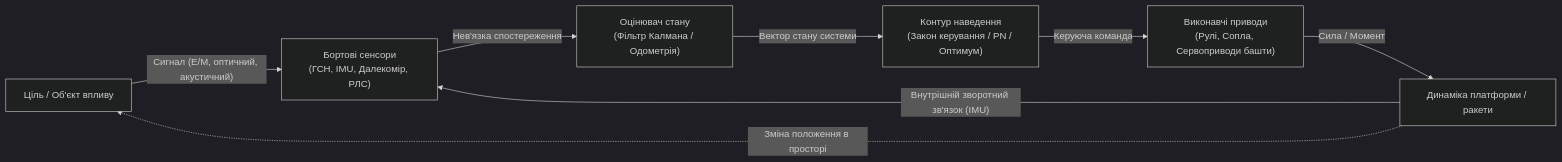
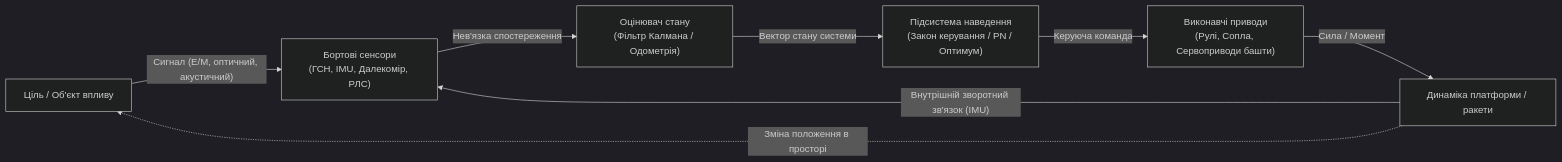
One commit to nick-fedchik/articles changed the first of 4 diagrams in MilTech/Military-Cybernetics-Weapons-Control-Systems-UA.md. Above: the diagram before and after it, drawn with Mermaid (dark theme). The commit also changed other lines of this file and 10 other files, not shown here.

````diff
--- a/MilTech/Military-Cybernetics-Weapons-Control-Systems-UA.md
+++ b/MilTech/Military-Cybernetics-Weapons-Control-Systems-UA.md
@@ -18,10 +18,10 @@
 ```mermaid
 flowchart LR
     Target["Ціль / Об'єкт впливу"] -->|"Сигнал (Е/М, оптичний, акустичний)"| Sensors["Бортові сенсори\n(ГСН, IMU, Далекомір, РЛС)"]
     Sensors -->|"Нев'язка спостереження"| Estimator["Оцінювач стану\n(Фільтр Калмана / Одометрія)"]
-    Estimator -->|"Вектор стану системи"| Guidance["Контур наведення\n(Закон керування / PN / Оптимум)"]
+    Estimator -->|"Вектор стану системи"| Guidance["Підсистема наведення\n(Закон керування / PN / Оптимум)"]
     Guidance -->|"Керуюча команда"| Actuators["Виконавчі приводи\n(Рулі, Сопла, Сервоприводи башти)"]
     Actuators -->|"Сила / Момент"| Dynamics["Динаміка платформи / ракети"]
     Dynamics -.->|"Зміна положення в просторі"| Target
     Dynamics -->|"Внутрішній зворотний зв'язок (IMU)"| Sensors
 ```
````
